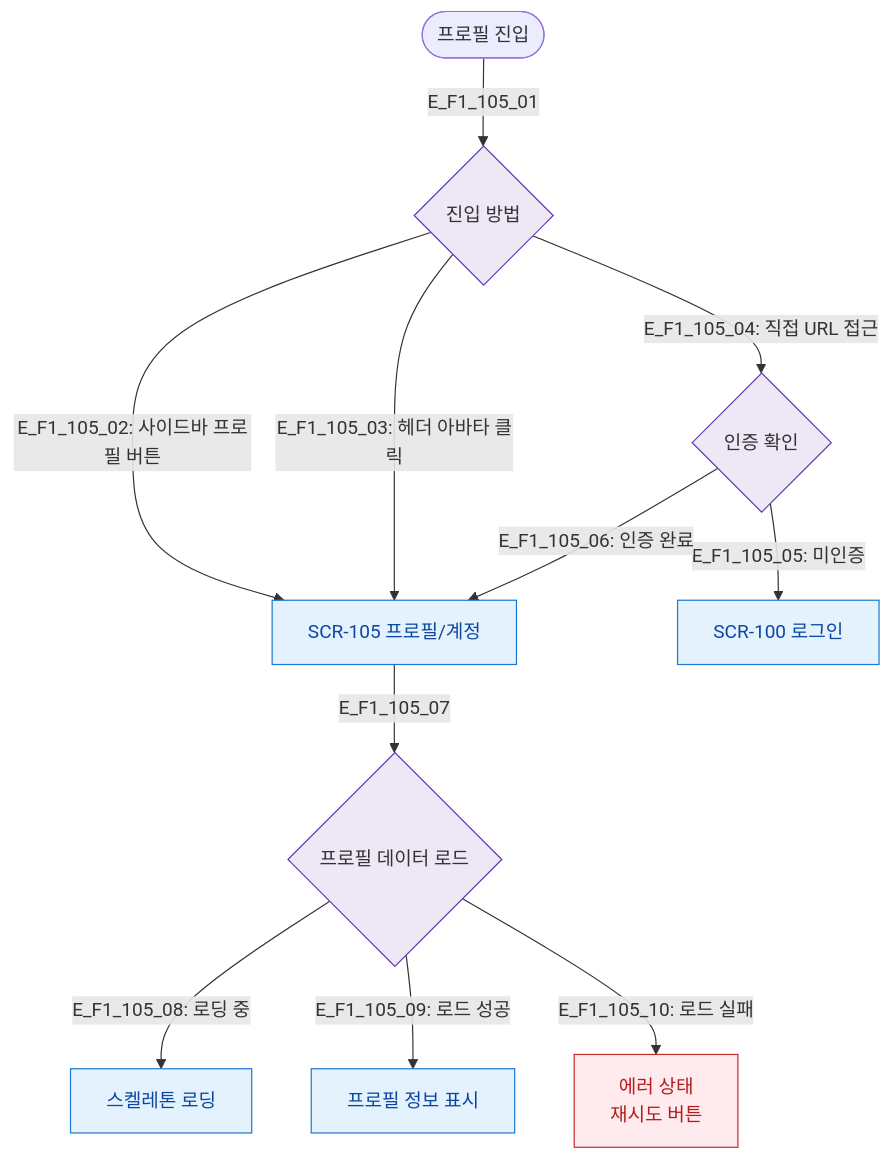
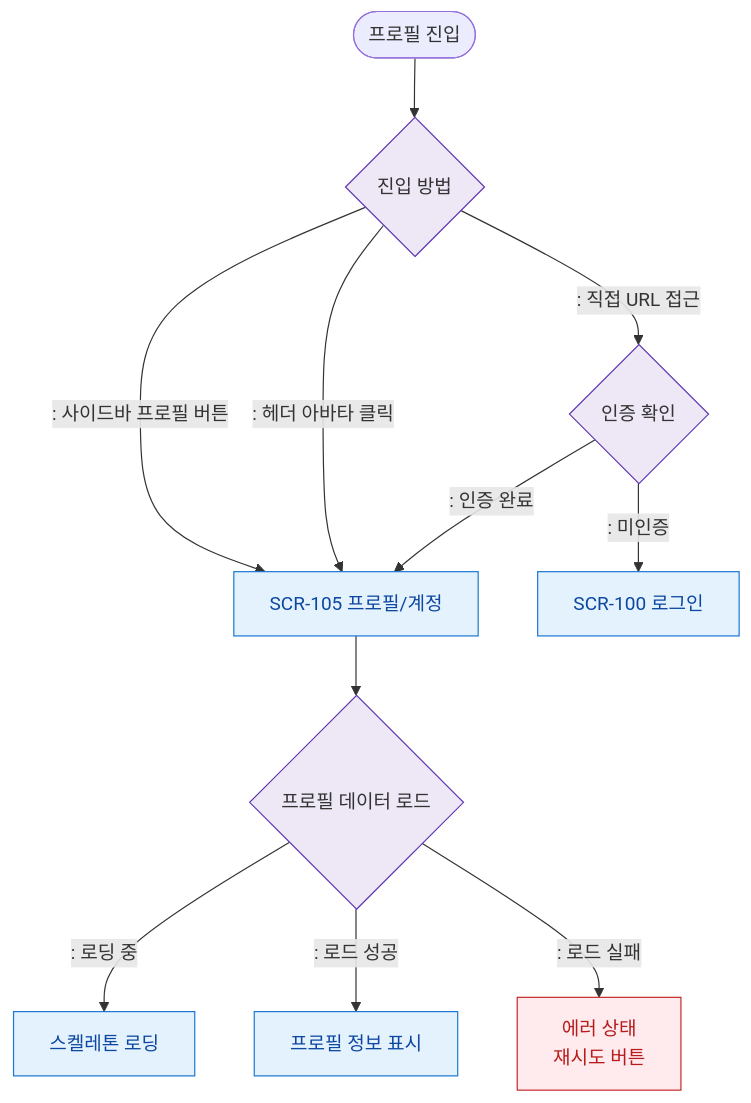
One commit to dev-spogym/admin-pando changed the diagram in docs/다이어그램/D01_공통/SCR-105_프로필_계정/F1_진입.md. Above: the diagram before and after it, drawn with Mermaid. The commit also changed other lines of this file and 1660 other files, not shown here.

First line of the commit message:
다이어그램: 기획자/클라이언트 납품본으로 정리

````diff
--- a/docs/다이어그램/D01_공통/SCR-105_프로필_계정/F1_진입.md
+++ b/docs/다이어그램/D01_공통/SCR-105_프로필_계정/F1_진입.md
@@ -19,23 +17,23 @@
 ```mermaid
 flowchart TD
-    TRIGGER([프로필 진입]) -->|E_F1_105_01| OPEN_METHOD{진입 방법}
+    TRIGGER([프로필 진입]) --> OPEN_METHOD{진입 방법}
 
-    OPEN_METHOD -->|"E_F1_105_02: 사이드바 프로필 버튼"| SCR_105[SCR-105 프로필/계정]
-    OPEN_METHOD -->|"E_F1_105_03: 헤더 아바타 클릭"| SCR_105
-    OPEN_METHOD -->|"E_F1_105_04: 직접 URL 접근"| AUTH_CHECK{인증 확인}
+    OPEN_METHOD -->|": 사이드바 프로필 버튼"|SCR_105[SCR-105 프로필/계정]
+    OPEN_METHOD -->|": 헤더 아바타 클릭"|SCR_105
+    OPEN_METHOD -->|": 직접 URL 접근"|AUTH_CHECK{인증 확인}
 
-    AUTH_CHECK -->|"E_F1_105_05: 미인증"| SCR_100[SCR-100 로그인]
-    AUTH_CHECK -->|"E_F1_105_06: 인증 완료"| SCR_105
+    AUTH_CHECK -->|": 미인증"|SCR_100[SCR-100 로그인]
+    AUTH_CHECK -->|": 인증 완료"|SCR_105
 
-    SCR_105 -->|E_F1_105_07| LOAD{프로필 데이터 로드}
-    LOAD -->|"E_F1_105_08: 로딩 중"| STATE_LOADING[스켈레톤 로딩]
-    LOAD -->|"E_F1_105_09: 로드 성공"| STATE_NORMAL[프로필 정보 표시]
-    LOAD -->|"E_F1_105_10: 로드 실패"| STATE_ERROR[에러 상태\n재시도 버튼]
+    SCR_105 --> LOAD{프로필 데이터 로드}
+    LOAD -->|": 로딩 중"|STATE_LOADING[스켈레톤 로딩]
+    LOAD -->|": 로드 성공"|STATE_NORMAL[프로필 정보 표시]
+    LOAD -->|": 로드 실패"|STATE_ERROR[에러 상태\n재시도 버튼]
 
-    classDef screen  fill:#E3F2FD,stroke:#1976D2,color:#0D47A1
-    classDef system  fill:#EDE7F6,stroke:#5E35B2
-    classDef error   fill:#FFEBEE,stroke:#C62828,color:#B71C1C
+    classDef screen fill:#E3F2FD,stroke:#1976D2,color:#0D47A1
+    classDef system fill:#EDE7F6,stroke:#5E35B2
+    classDef error fill:#FFEBEE,stroke:#C62828,color:#B71C1C
     class SCR_105,SCR_100,STATE_NORMAL,STATE_LOADING screen
     class OPEN_METHOD,AUTH_CHECK,LOAD system
     class STATE_ERROR error
 ```
````
